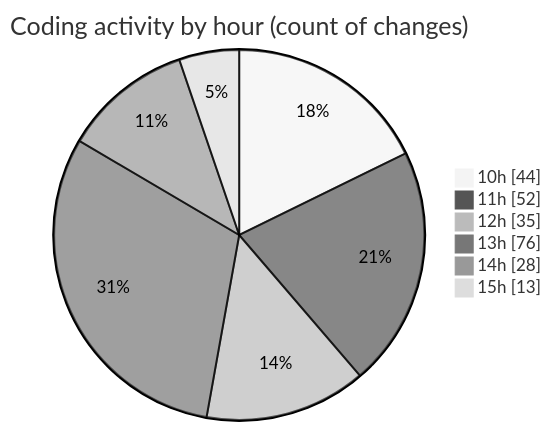
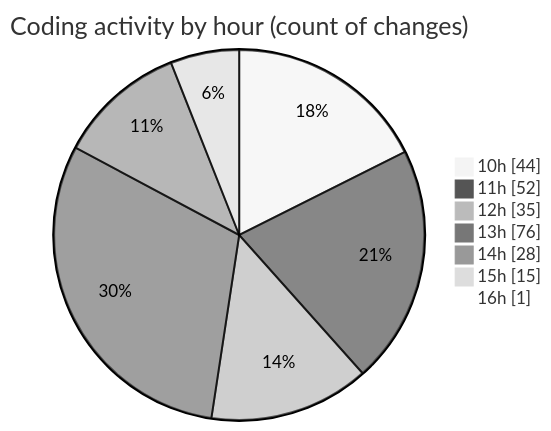
One commit to momahboobian/code-tracking changed the second of 2 diagrams in 2025-08-28/cda/README.md. Above: the diagram before and after it, drawn with Mermaid (neutral theme). The commit also changed other lines of this file and 1 other file, not shown here.

````diff
--- a/2025-08-28/cda/README.md
+++ b/2025-08-28/cda/README.md
@@ -38,10 +38,11 @@
 ```mermaid
 pie showData
 title Coding activity by hour (count of changes)
 "10h" : 44
 "11h" : 52
 "12h" : 35
 "13h" : 76
 "14h" : 28
-"15h" : 13
+"15h" : 15
+"16h" : 1
 ```
````
